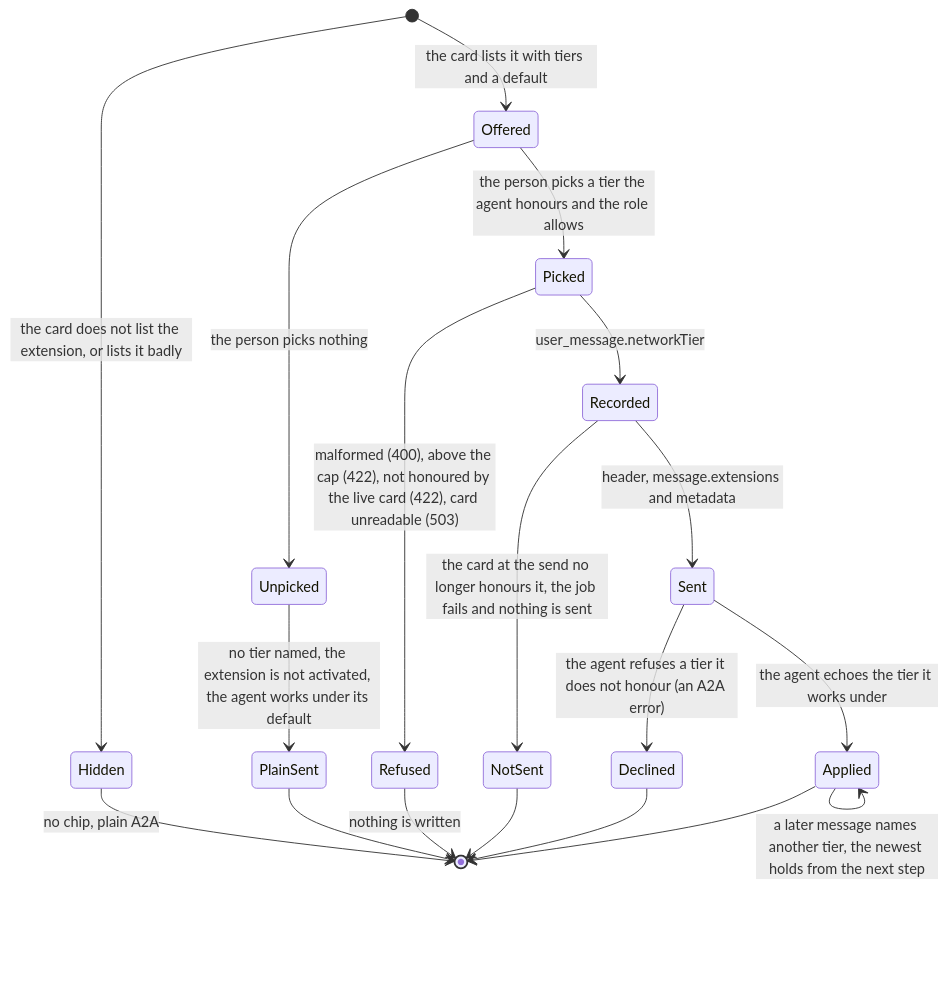
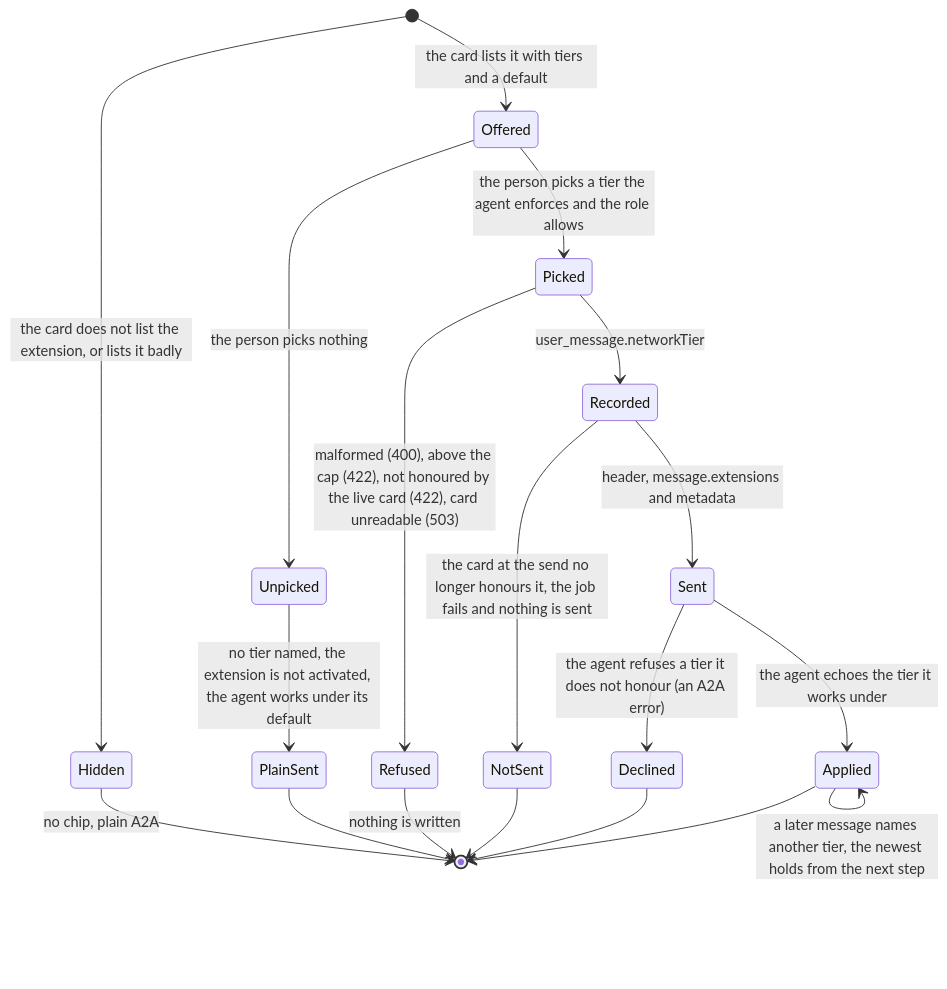
Before and after one commit to vymalo/another-agentic-system: the second of 3 diagrams in docs/api/network-tier-v1.md, drawn with Mermaid. The commit also changed other lines of this file and 6 other files, not shown here.

````diff
--- a/docs/api/network-tier-v1.md
+++ b/docs/api/network-tier-v1.md
@@ -60,21 +60,21 @@
 ```mermaid
 stateDiagram-v2
   [*] --> Hidden: the card does not list the extension, or lists it badly
   [*] --> Offered: the card lists it with tiers and a default
   Offered --> Unpicked: the person picks nothing
-  Offered --> Picked: the person picks a tier the agent honours and the role allows
+  Offered --> Picked: the person picks a tier the agent enforces and the role allows
   Unpicked --> PlainSent: no tier named, the extension is not activated, the agent works under its default
   Picked --> Refused: malformed (400), above the cap (422), not honoured by the live card (422), card unreadable (503)
   Picked --> Recorded: user_message.networkTier
   Recorded --> NotSent: the card at the send no longer honours it, the job fails and nothing is sent
   Recorded --> Sent: header, message.extensions and metadata
   Sent --> Applied: the agent echoes the tier it works under
   Sent --> Declined: the agent refuses a tier it does not honour (an A2A error)
   Applied --> Applied: a later message names another tier, the newest holds from the next step
   Hidden --> [*]: no chip, plain A2A
   PlainSent --> [*]
   Refused --> [*]: nothing is written
   NotSent --> [*]
   Declined --> [*]
   Applied --> [*]
 ```
````
